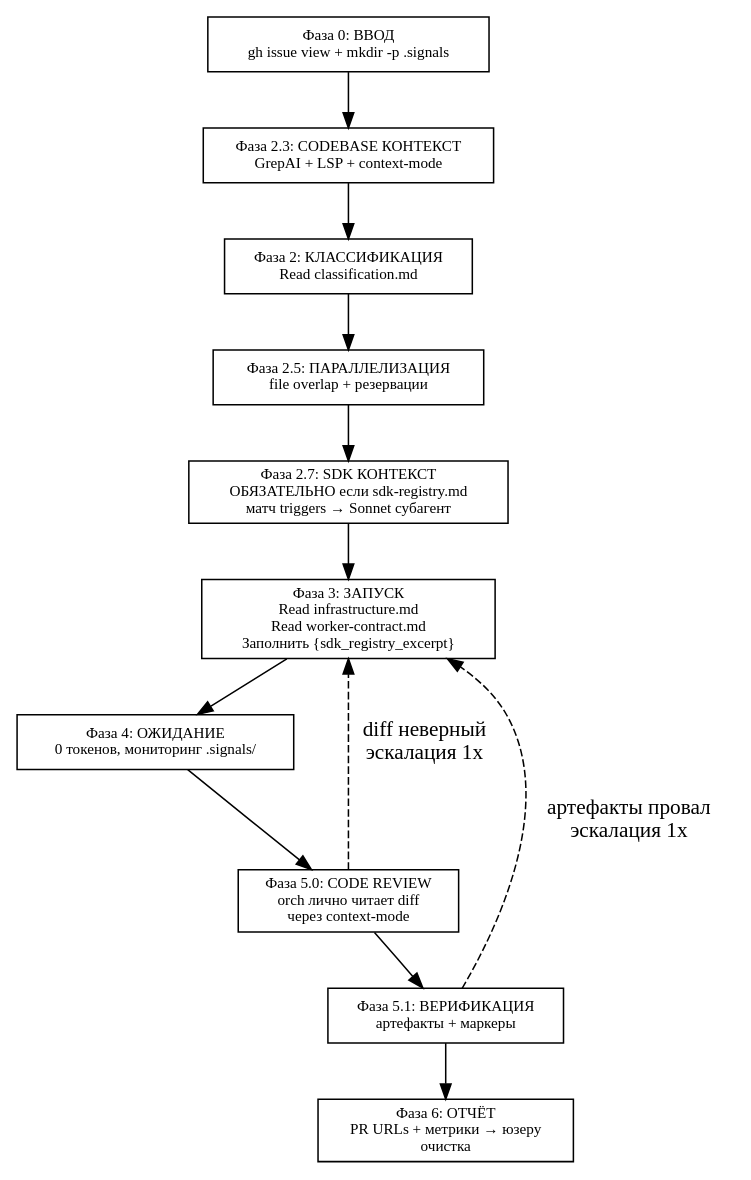
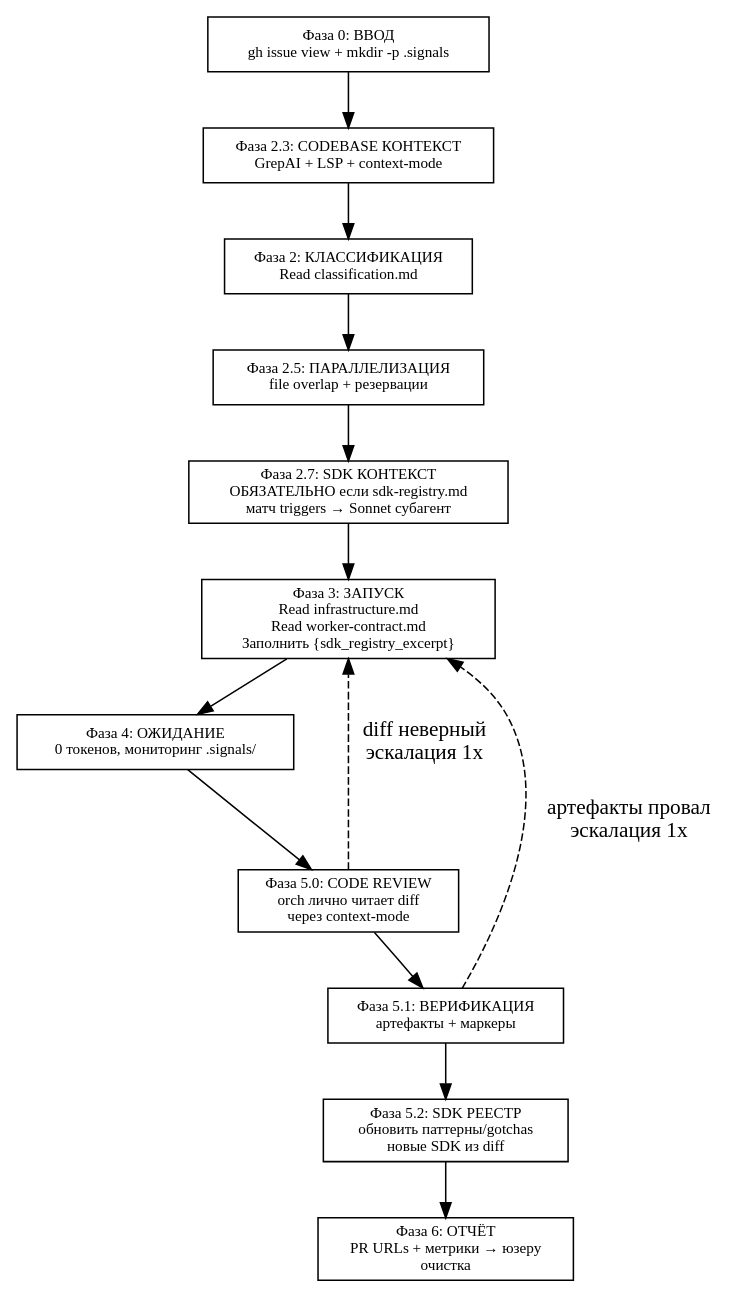
One commit to yastman/rag changed the diagram in .claude/skills/tmux-swarm-orchestration/SKILL.md. Above: the diagram before and after it, drawn with Graphviz. The commit also changed other lines of this file and 2 other files, not shown here.

First line of the commit message:
feat(skills): Phase 5.2 — auto-update SDK registry after worker PASS

````diff
--- a/.claude/skills/tmux-swarm-orchestration/SKILL.md
+++ b/.claude/skills/tmux-swarm-orchestration/SKILL.md
@@ -27,19 +27,20 @@
 ```dot
 digraph flow {
   rankdir=TB; node [shape=box, fontsize=10];
   init [label="Фаза 0: ВВОД\ngh issue view + mkdir -p .signals"];
   codebase [label="Фаза 2.3: CODEBASE КОНТЕКСТ\nGrepAI + LSP + context-mode"];
   classify [label="Фаза 2: КЛАССИФИКАЦИЯ\nRead classification.md"];
   parallel [label="Фаза 2.5: ПАРАЛЛЕЛИЗАЦИЯ\nfile overlap + резервации"];
   sdk [label="Фаза 2.7: SDK КОНТЕКСТ\nОБЯЗАТЕЛЬНО если sdk-registry.md\nматч triggers → Sonnet субагент"];
   spawn [label="Фаза 3: ЗАПУСК\nRead infrastructure.md\nRead worker-contract.md\nЗаполнить {sdk_registry_excerpt}"];
   wait [label="Фаза 4: ОЖИДАНИЕ\n0 токенов, мониторинг .signals/"];
   review [label="Фаза 5.0: CODE REVIEW\norch лично читает diff\nчерез context-mode"];
   verify [label="Фаза 5.1: ВЕРИФИКАЦИЯ\nартефакты + маркеры"];
+  sdkupd [label="Фаза 5.2: SDK РЕЕСТР\nобновить паттерны/gotchas\nновые SDK из diff"];
   report [label="Фаза 6: ОТЧЁТ\nPR URLs + метрики → юзеру\nочистка"];
 
-  init -> codebase -> classify -> parallel -> sdk -> spawn -> wait -> review -> verify -> report;
+  init -> codebase -> classify -> parallel -> sdk -> spawn -> wait -> review -> verify -> sdkupd -> report;
   review -> spawn [label="diff неверный\nэскалация 1x", style=dashed];
   verify -> spawn [label="артефакты провал\nэскалация 1x", style=dashed];
 }
 ```
````
